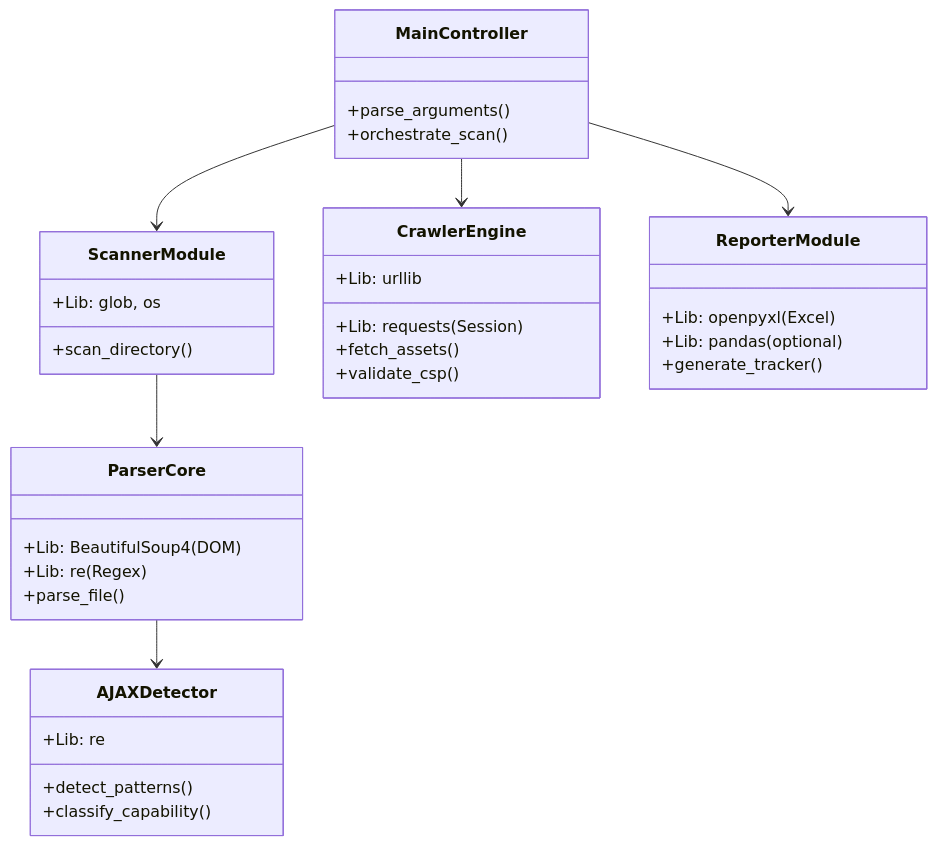
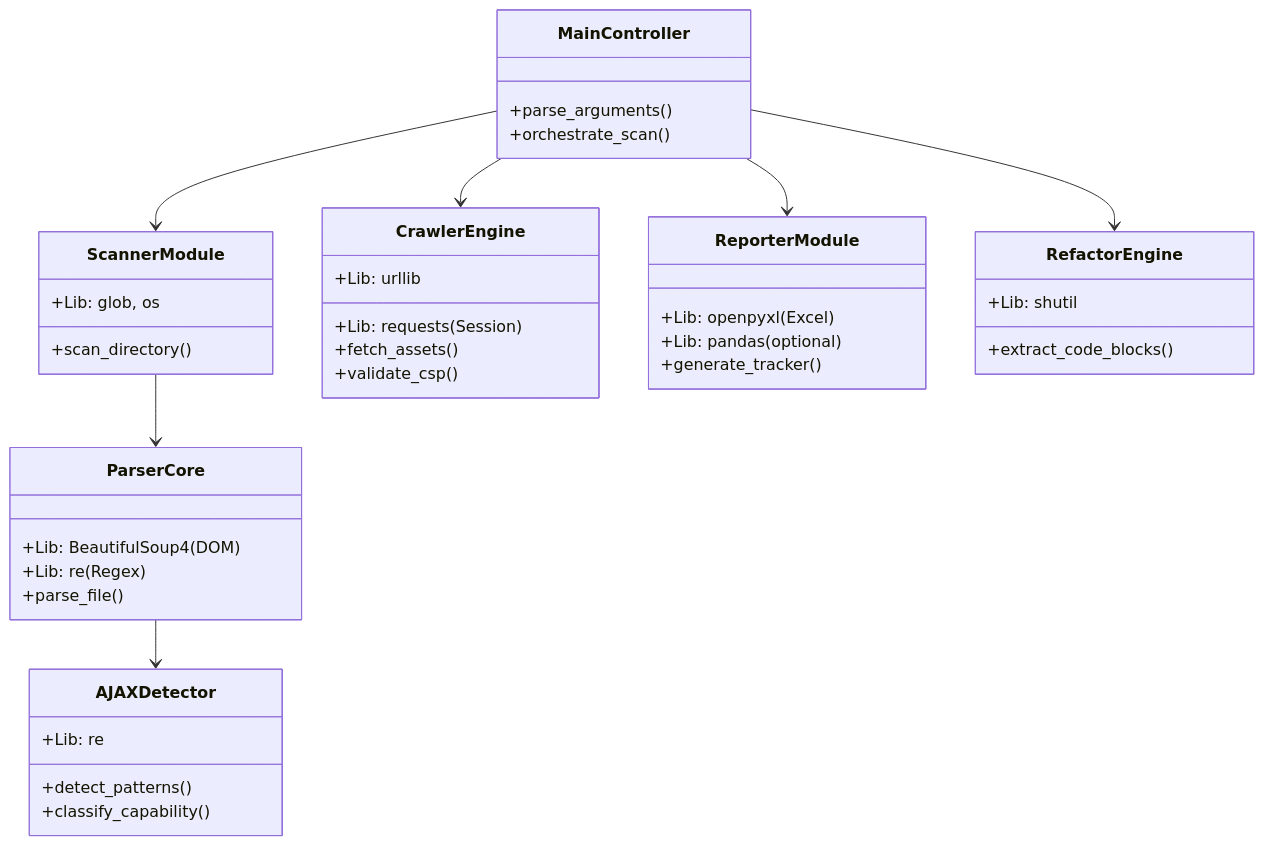
Before and after one commit to pred07/trash: the second of 2 diagrams in Master Implementaion.md, drawn with Mermaid. The commit also changed other lines of this file, not shown here.

````diff
--- a/Master Implementaion.md
+++ b/Master Implementaion.md
@@ -45,43 +53,49 @@
 ```mermaid
 classDiagram
     class MainController {
         +parse_arguments()
         +orchestrate_scan()
     }
     
     class ScannerModule {
         +Lib: glob, os
         +scan_directory()
     }
     
     class ParserCore {
         +Lib: BeautifulSoup4 (DOM)
         +Lib: re (Regex)
         +parse_file()
     }
     
     class AJAXDetector {
         +Lib: re
         +detect_patterns()
         +classify_capability()
     }
     
     class CrawlerEngine {
         +Lib: requests (Session)
         +Lib: urllib
         +fetch_assets()
         +validate_csp()
     }
     
     class ReporterModule {
         +Lib: openpyxl (Excel)
         +Lib: pandas (optional)
         +generate_tracker()
     }
 
+    class RefactorEngine {
+        +Lib: shutil
+        +extract_code_blocks()
+    }
+
     MainController --> ScannerModule
     ScannerModule --> ParserCore
     ParserCore --> AJAXDetector
     MainController --> CrawlerEngine
     MainController --> ReporterModule
+    MainController --> RefactorEngine
 ```
````
